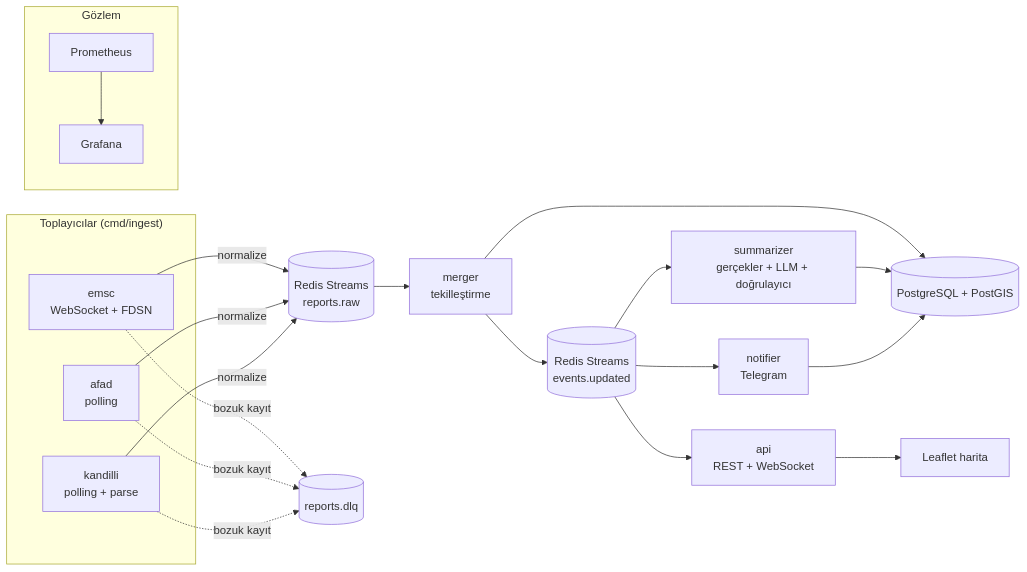
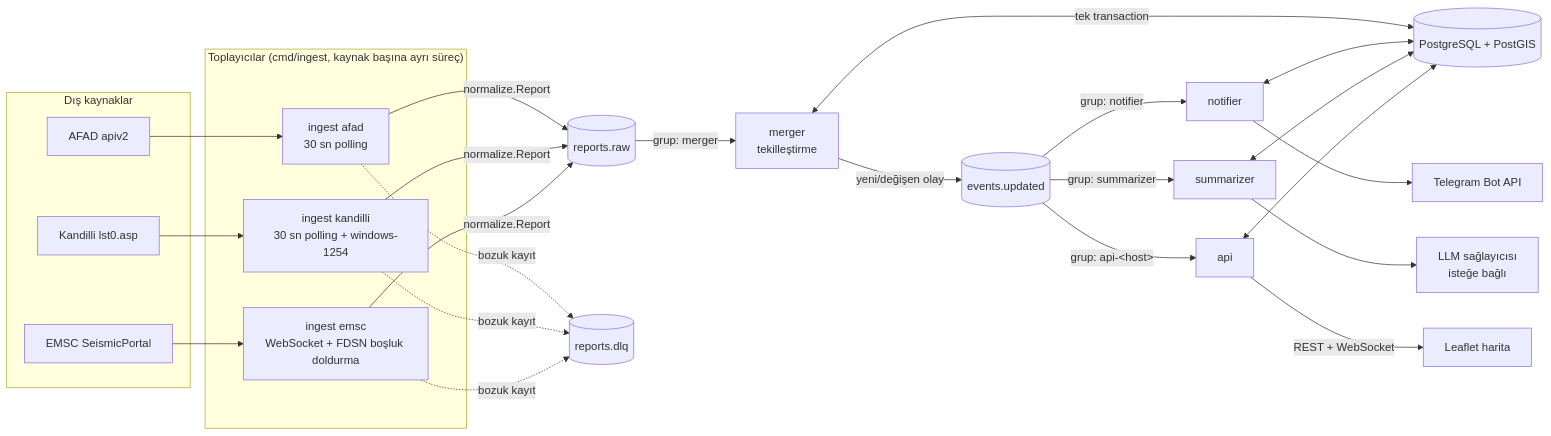
Before and after one commit to Nisagwn/artci: the first of 4 diagrams in README.md, drawn with Mermaid. The commit also changed other lines of this file and 1 other file, not shown here.

````diff
--- a/README.md
+++ b/README.md
@@ -31,26 +37,36 @@
 ```mermaid
 flowchart LR
-    subgraph IN["Toplayıcılar (cmd/ingest)"]
-        E[emsc<br/>WebSocket + FDSN]
-        A[afad<br/>polling]
-        K[kandilli<br/>polling + parse]
+    subgraph SRC["Dış kaynaklar"]
+        AFADs[AFAD apiv2]
+        KOERI[Kandilli lst0.asp]
+        EMSCs[EMSC SeismicPortal]
     end
 
-    E & A & K -->|normalize| RS[(Redis Streams<br/>reports.raw)]
-    E & A & K -. bozuk kayıt .-> DLQ[(reports.dlq)]
+    subgraph IN["Toplayıcılar (cmd/ingest, kaynak başına ayrı süreç)"]
+        A[ingest afad<br/>30 sn polling]
+        K[ingest kandilli<br/>30 sn polling + windows-1254]
+        E[ingest emsc<br/>WebSocket + FDSN boşluk doldurma]
+    end
 
-    RS --> M[merger<br/>tekilleştirme]
-    M --> PG[(PostgreSQL + PostGIS)]
-    M --> EV[(Redis Streams<br/>events.updated)]
+    AFADs --> A
+    KOERI --> K
+    EMSCs --> E
 
-    EV --> N[notifier<br/>Telegram]
-    EV --> S[summarizer<br/>gerçekler + LLM + doğrulayıcı]
-    EV --> W[api<br/>REST + WebSocket]
-    S --> PG
-    N --> PG
-    W --> MAP[Leaflet harita]
+    A & K & E -->|"normalize.Report"| RS[(reports.raw)]
+    A & K & E -. bozuk kayıt .-> DLQ[(reports.dlq)]
 
-    subgraph OBS["Gözlem"]
-        P[Prometheus] --> G[Grafana]
-    end
+    RS -->|grup: merger| M[merger<br/>tekilleştirme]
+    M <-->|tek transaction| PG[(PostgreSQL + PostGIS)]
+    M -->|"yeni/değişen olay"| EV[(events.updated)]
+
+    EV -->|grup: notifier| N[notifier]
+    EV -->|grup: summarizer| S[summarizer]
+    EV -->|"grup: api-&lt;host&gt;"| W[api]
+
+    N <--> PG
+    S <--> PG
+    W <--> PG
+    N --> TG[Telegram Bot API]
+    S --> LLM[LLM sağlayıcısı<br/>isteğe bağlı]
+    W -->|REST + WebSocket| MAP[Leaflet harita]
 ```
````
